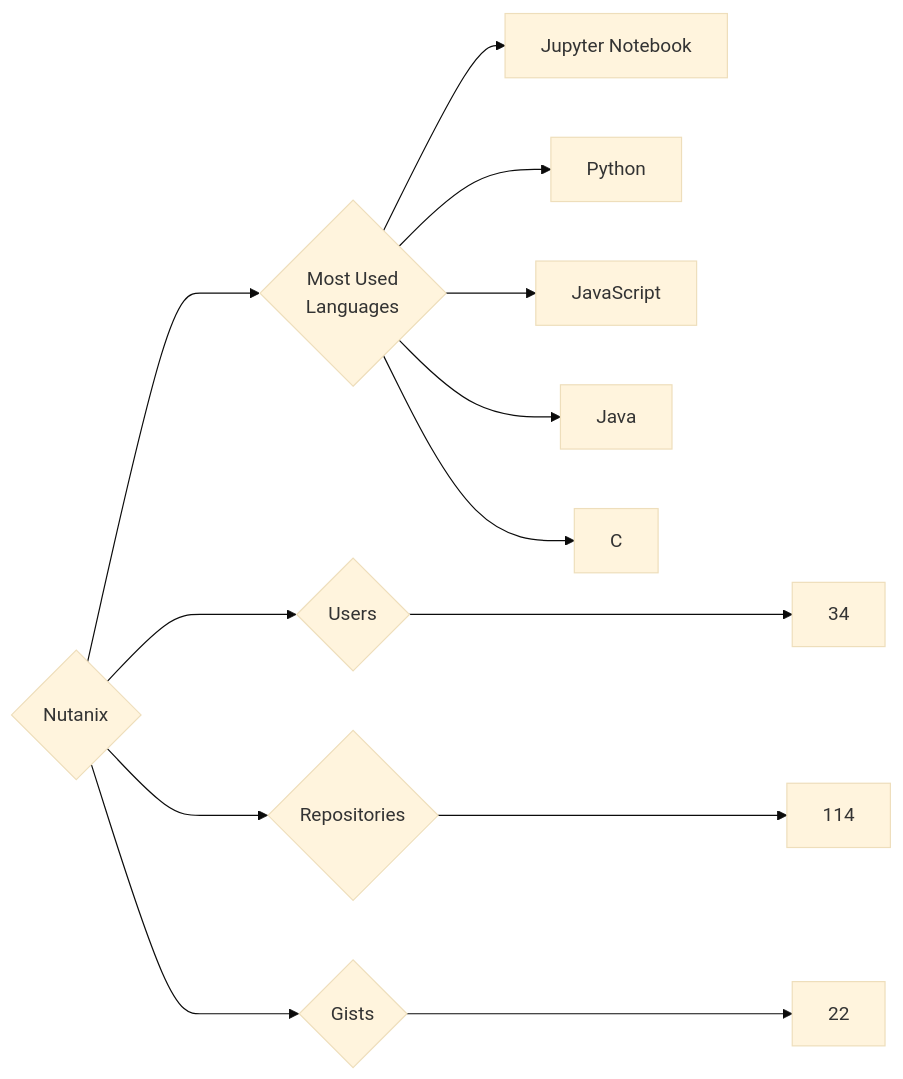
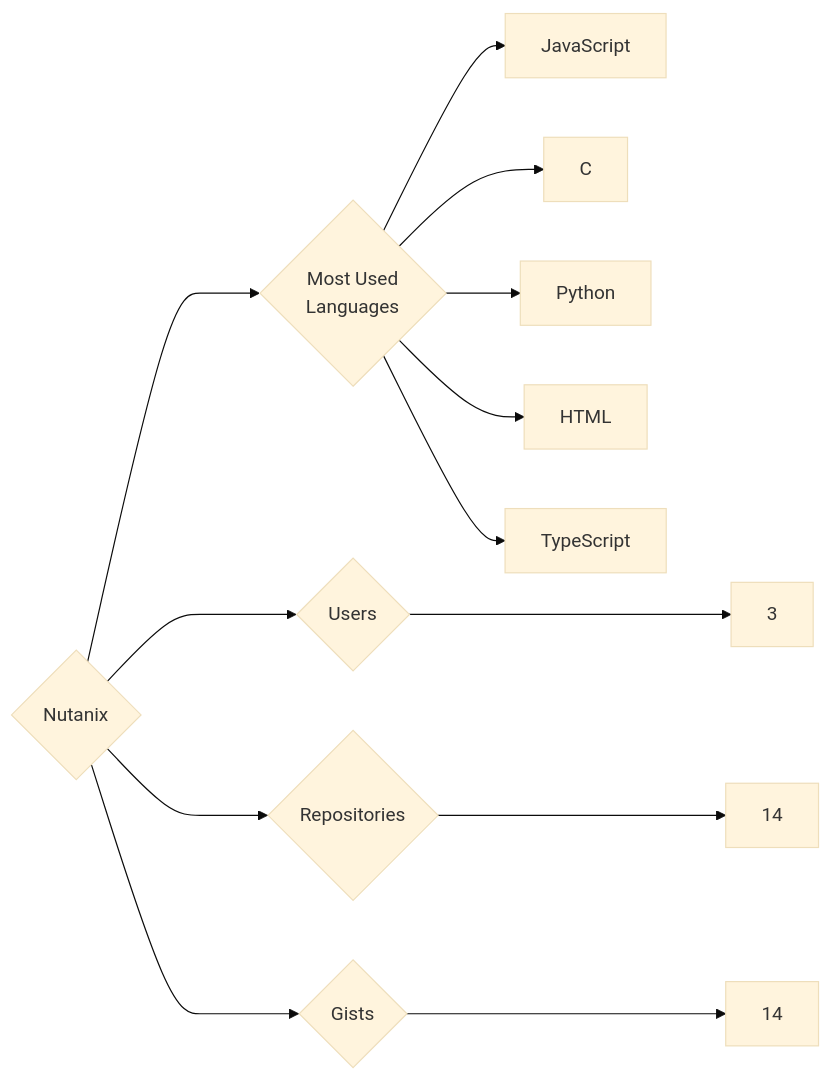
The diagram in targets/Nutanix/README.md (trickest/insiders), drawn with Mermaid (base theme) before and after one commit. The commit also changed 835 other files, not shown here.

````diff
--- a/targets/Nutanix/README.md
+++ b/targets/Nutanix/README.md
@@ -3,13 +3,13 @@
 ```mermaid
 graph LR
 COMPANY_NAME{Nutanix}
-COMPANY_NAME ---> U{Users} ---> UN[34]
-COMPANY_NAME ---> R{Repositories} ---> RN[114]
-COMPANY_NAME ---> G{Gists} ---> GN[22]
+COMPANY_NAME ---> U{Users} ---> UN[3]
+COMPANY_NAME ---> R{Repositories} ---> RN[14]
+COMPANY_NAME ---> G{Gists} ---> GN[14]
 COMPANY_NAME ---> ML{Most Used<br>Languages}
-ML --> Jupyter_Notebook[Jupyter Notebook]
+ML --> JavaScript[JavaScript]
+ML --> C[C]
 ML --> Python[Python]
-ML --> JavaScript[JavaScript]
-ML --> Java[Java]
-ML --> C[C]
+ML --> HTML[HTML]
+ML --> TypeScript[TypeScript]
 ```
````
